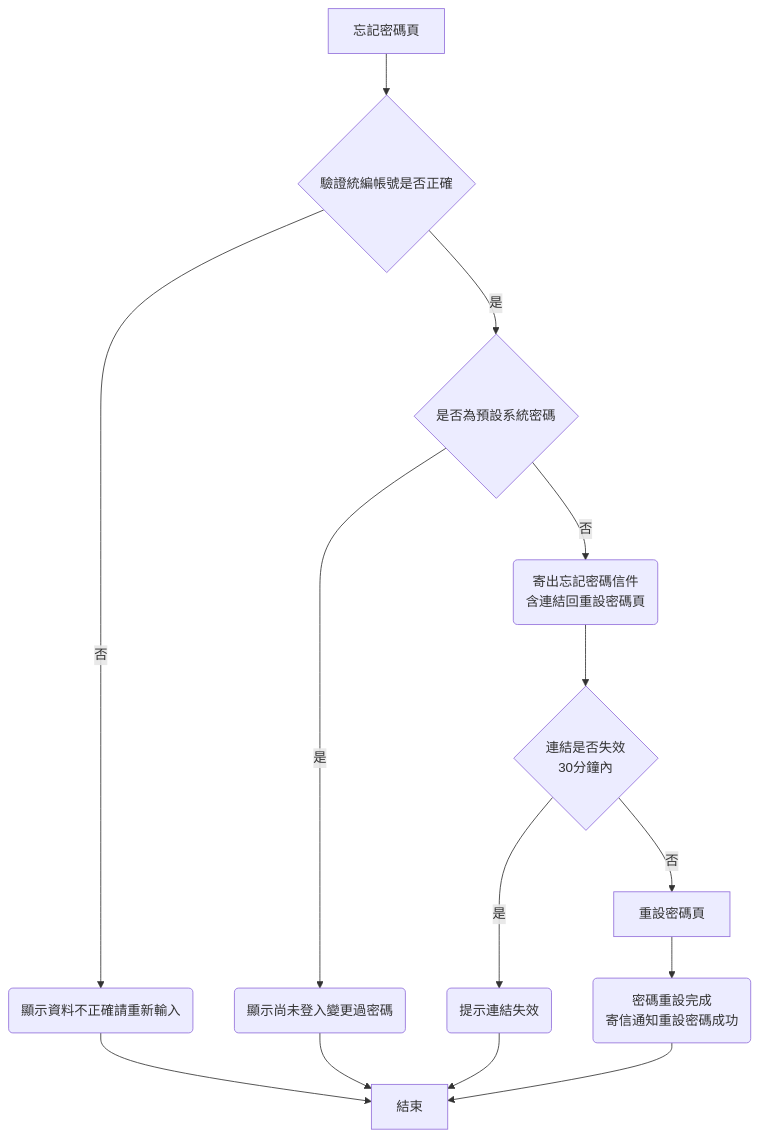
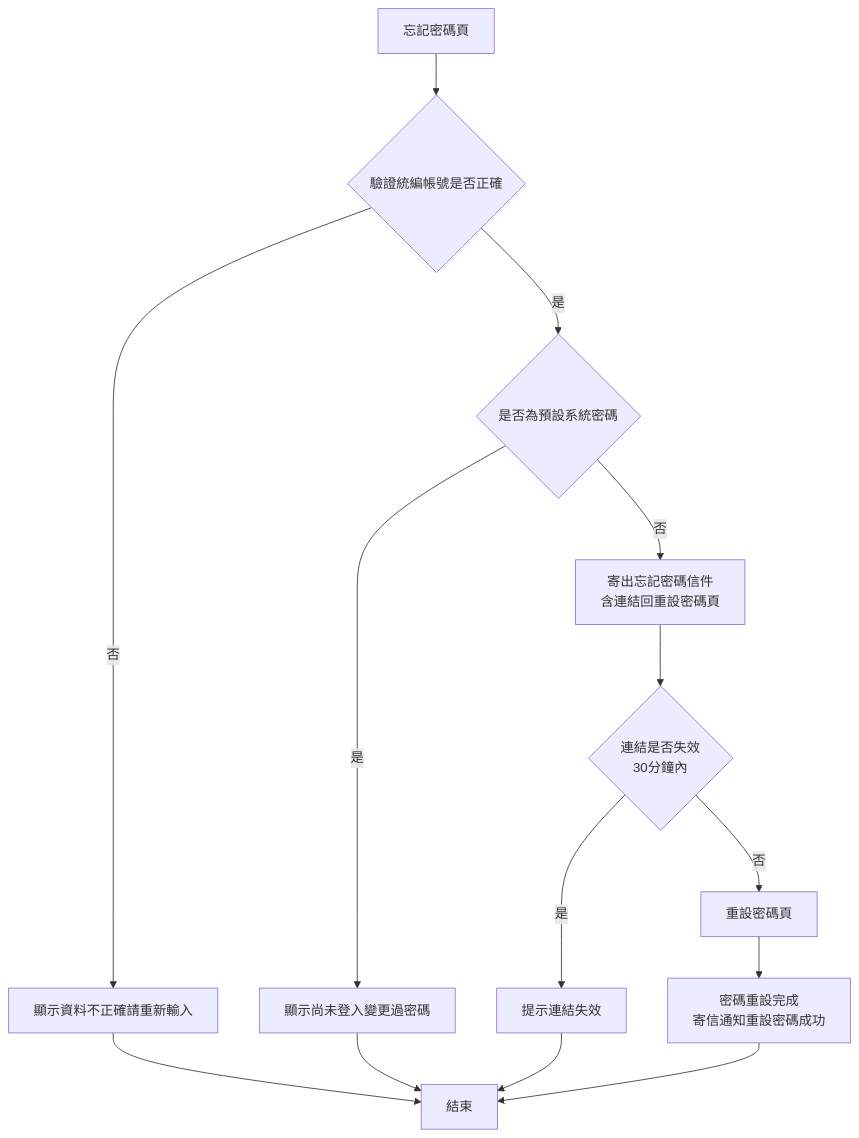
One commit to thunderstormwang/CodingNote changed the second of 2 diagrams in System_Design/forget_password.md. Above: the diagram before and after it, drawn with Mermaid. The commit also changed 1 other file, not shown here.

Commit message:
modify note

````diff
--- a/System_Design/forget_password.md
+++ b/System_Design/forget_password.md
@@ -52,13 +52,13 @@
 ```mermaid
 flowchart TD
 A[忘記密碼頁] --> B{驗證統編帳號是否正確}
 B --> |是| C{是否為預設系統密碼}
-B --> |否| D(顯示資料不正確請重新輸入) --> K[結束]
-C --> |是| E(顯示尚未登入變更過密碼) --> K[結束]
-C --> |否| F(寄出忘記密碼信件\n含連結回重設密碼頁)
+B --> |否| D[顯示資料不正確請重新輸入] --> K[結束]
+C --> |是| E[顯示尚未登入變更過密碼] --> K
+C --> |否| F[寄出忘記密碼信件<br/>含連結回重設密碼頁]
 F --> G{連結是否失效\n30分鐘內}
-G --> |是| H(提示連結失效) --> K[結束]
+G --> |是| H[提示連結失效] --> K
 G --> |否| I[重設密碼頁]
-I --> J(密碼重設完成\n寄信通知重設密碼成功)
-J --> K[結束]
+I --> J[密碼重設完成<br/>寄信通知重設密碼成功]
+J --> K
 ```
````
